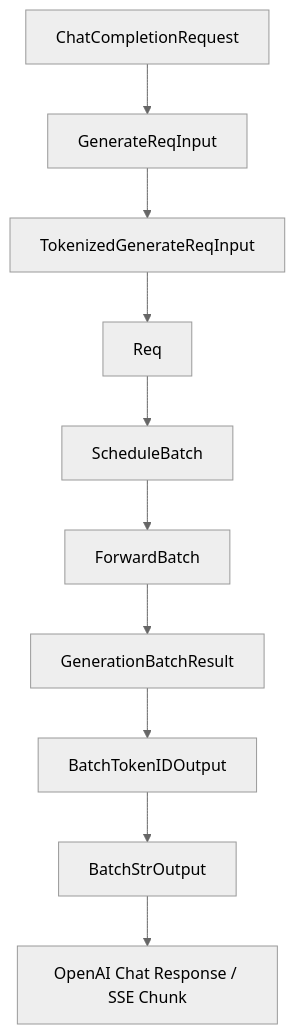
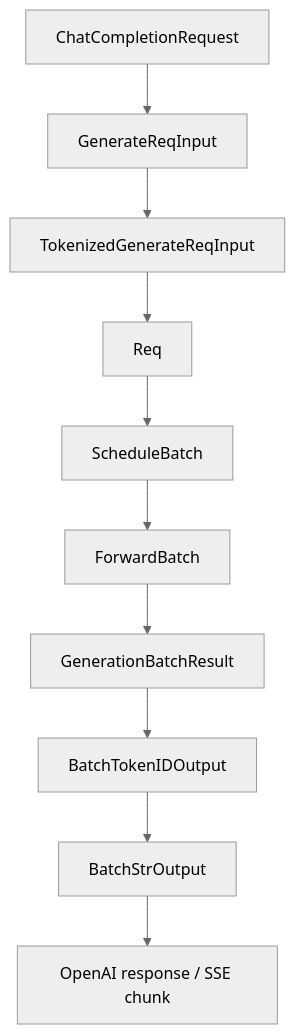
Before and after one commit to cl-vv-h/SGLang_Tutor: the second of 6 diagrams in learning/sglang-source-reading/01-request-lifecycle.md, drawn with Mermaid (neutral theme). The commit also changed other lines of this file and 4 other files, not shown here.

````diff
--- a/learning/sglang-source-reading/01-request-lifecycle.md
+++ b/learning/sglang-source-reading/01-request-lifecycle.md
@@ -33,12 +26,12 @@
 ```mermaid
 flowchart TD
   A["ChatCompletionRequest"] --> B["GenerateReqInput"]
   B --> C["TokenizedGenerateReqInput"]
   C --> D["Req"]
   D --> E["ScheduleBatch"]
   E --> F["ForwardBatch"]
   F --> G["GenerationBatchResult"]
   G --> H["BatchTokenIDOutput"]
   H --> I["BatchStrOutput"]
-  I --> J["OpenAI Chat Response / SSE Chunk"]
+  I --> J["OpenAI response / SSE chunk"]
 ```
````
